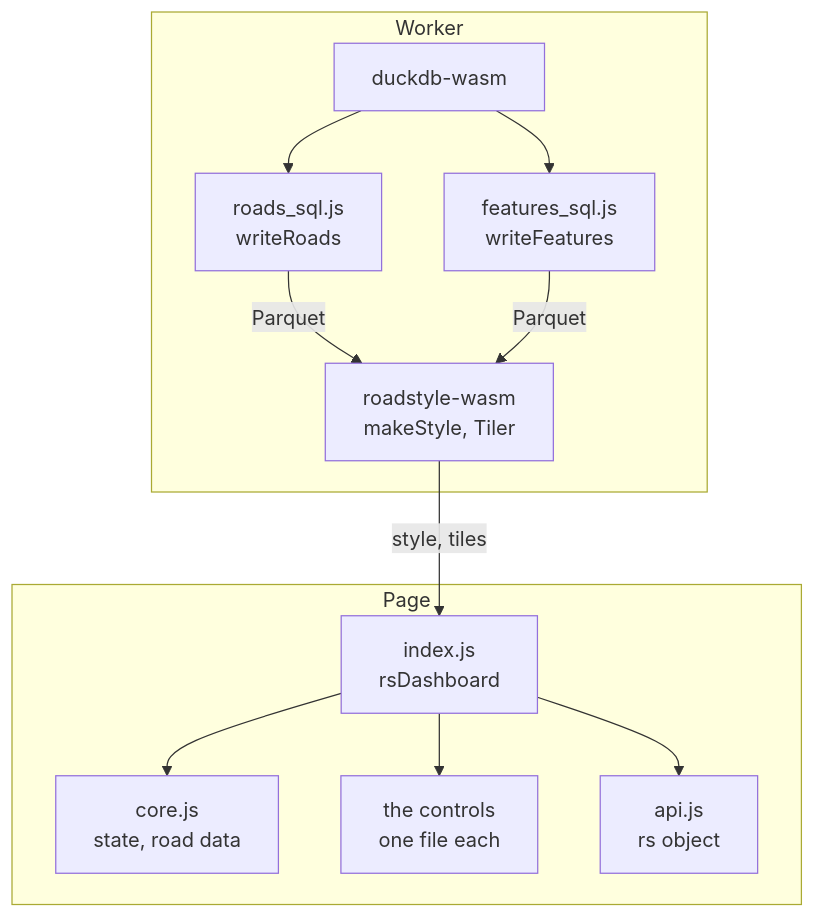
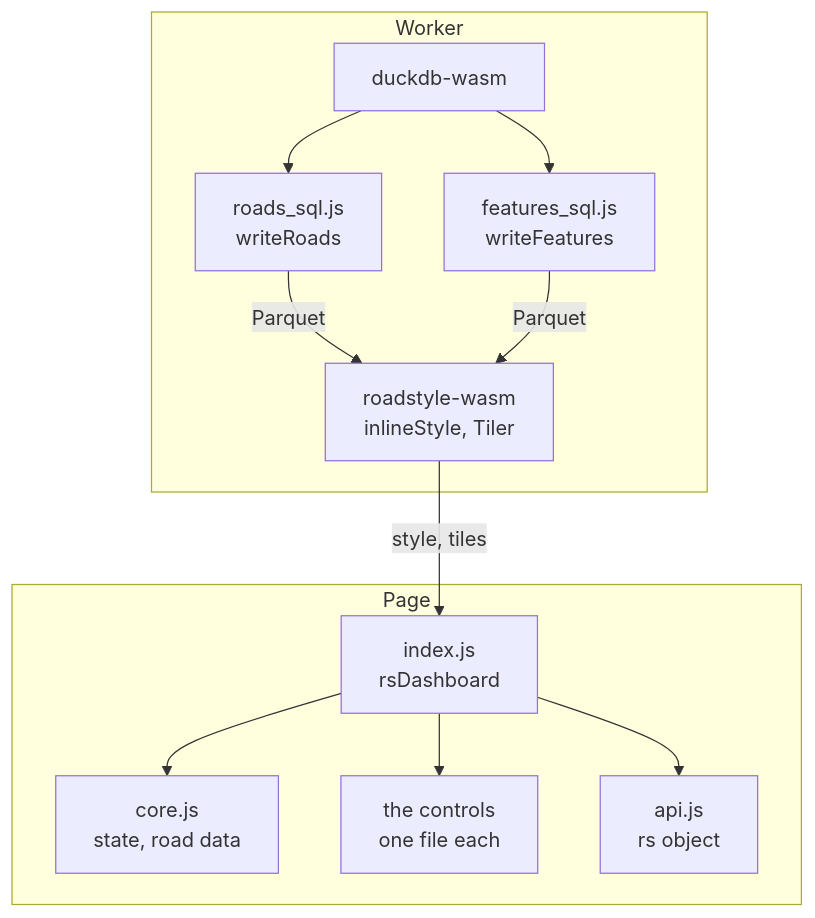
Before and after one commit to Khoshkhah/roadstyle: the fifth of 6 diagrams in docs/rust/architecture.md, drawn with Mermaid. The commit also changed other lines of this file and 58 other files, not shown here.

````diff
--- a/docs/rust/architecture.md
+++ b/docs/rust/architecture.md
@@ -473,23 +473,23 @@
 ```mermaid
 flowchart TB
     subgraph w["Worker"]
         duck["duckdb-wasm"]
         rsql["roads_sql.js<br/>writeRoads"]
         fsql["features_sql.js<br/>writeFeatures"]
-        wasm["roadstyle-wasm<br/>makeStyle, Tiler"]
+        wasm["roadstyle-wasm<br/>inlineStyle, Tiler"]
         duck --> rsql
         duck --> fsql
         rsql -->|"Parquet"| wasm
         fsql -->|"Parquet"| wasm
     end
     subgraph p["Page"]
         idx["index.js<br/>rsDashboard"]
         core["core.js<br/>state, road data"]
         ctl["the controls<br/>one file each"]
         api["api.js<br/>rs object"]
         idx --> core
         idx --> ctl
         idx --> api
     end
     wasm -->|"style, tiles"| idx
 ```
````
